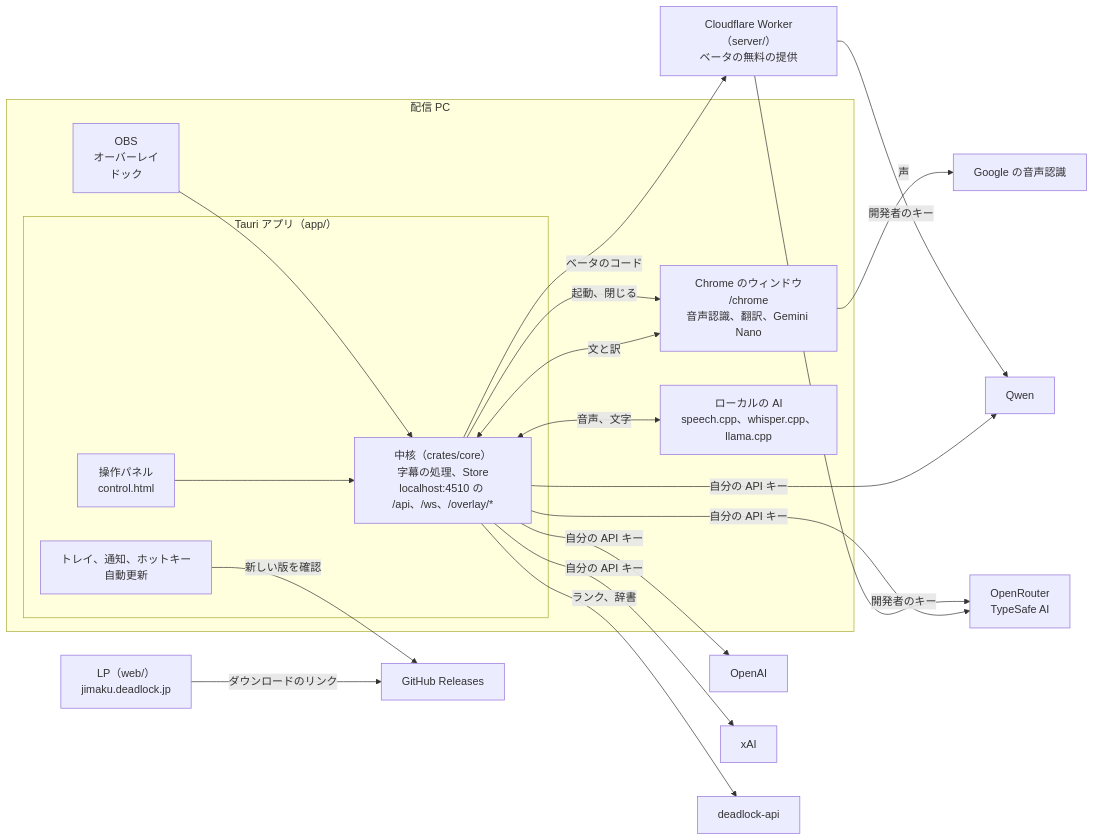
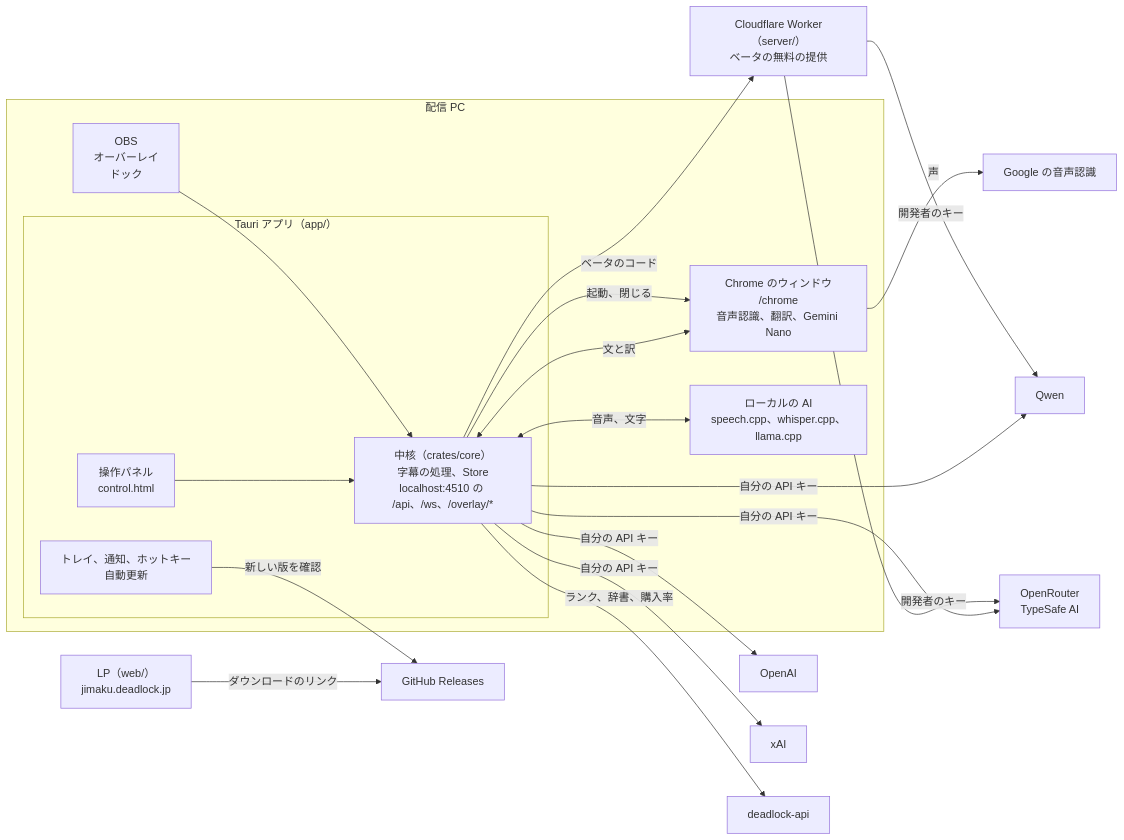
One commit to Chiji1108/deadlock-jimaku changed the first of 4 diagrams in README.md. Above: the diagram before and after it, drawn with Mermaid. The commit also changed other lines of this file, not shown here.

````diff
--- a/README.md
+++ b/README.md
@@ -113,39 +115,39 @@
 ```mermaid
 flowchart LR
   subgraph pc["配信 PC"]
     obs["OBS<br/>オーバーレイ<br/>ドック"]
     subgraph app["Tauri アプリ（app/）"]
       panel["操作パネル<br/>control.html"]
       core["中核（crates/core）<br/>字幕の処理、Store<br/>localhost:4510 の /api、/ws、/overlay/*"]
       shell["トレイ、通知、ホットキー<br/>自動更新"]
     end
     tab["Chrome のウィンドウ<br/>/chrome<br/>音声認識、翻訳、Gemini Nano"]
     local["ローカルの AI<br/>speech.cpp、whisper.cpp、llama.cpp"]
   end
   worker["Cloudflare Worker（server/）<br/>ベータの無料の提供"]
   openai["OpenAI"]
   xai["xAI"]
   qwen["Qwen"]
   others["OpenRouter<br/>TypeSafe AI"]
   google["Google の音声認識"]
   deadlockapi["deadlock-api"]
   releases["GitHub Releases"]
   lp["LP（web/）<br/>jimaku.deadlock.jp"]
 
   obs --> core
   panel --> core
   tab <-- "文と訳" --> core
   core -- "起動、閉じる" --> tab
   core <-- "音声、文字" --> local
   tab -- "声" --> google
   core -- "ベータのコード" --> worker
   worker -- "開発者のキー" --> qwen
   worker -- "開発者のキー" --> others
   core -- "自分の API キー" --> openai
   core -- "自分の API キー" --> xai
   core -- "自分の API キー" --> qwen
   core -- "自分の API キー" --> others
-  core -- "ランク、辞書" --> deadlockapi
+  core -- "ランク、辞書、購入率" --> deadlockapi
   shell -- "新しい版を確認" --> releases
   lp -- "ダウンロードのリンク" --> releases
 ```
````
